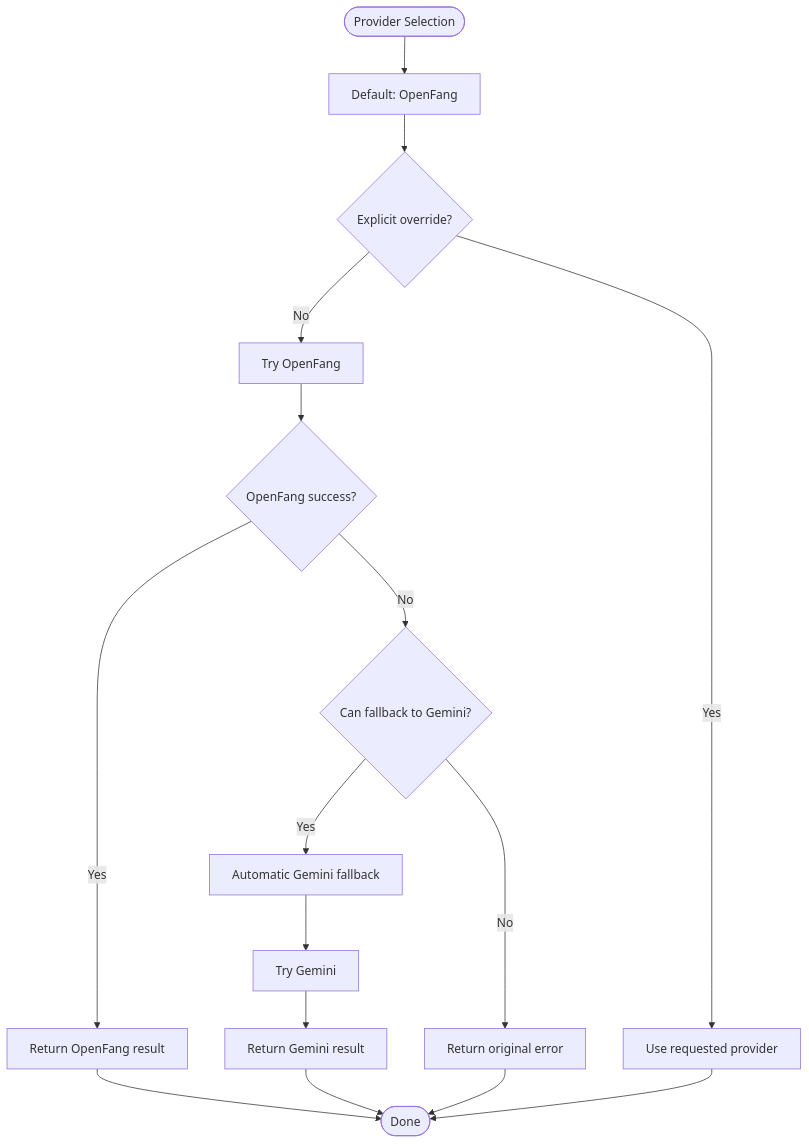
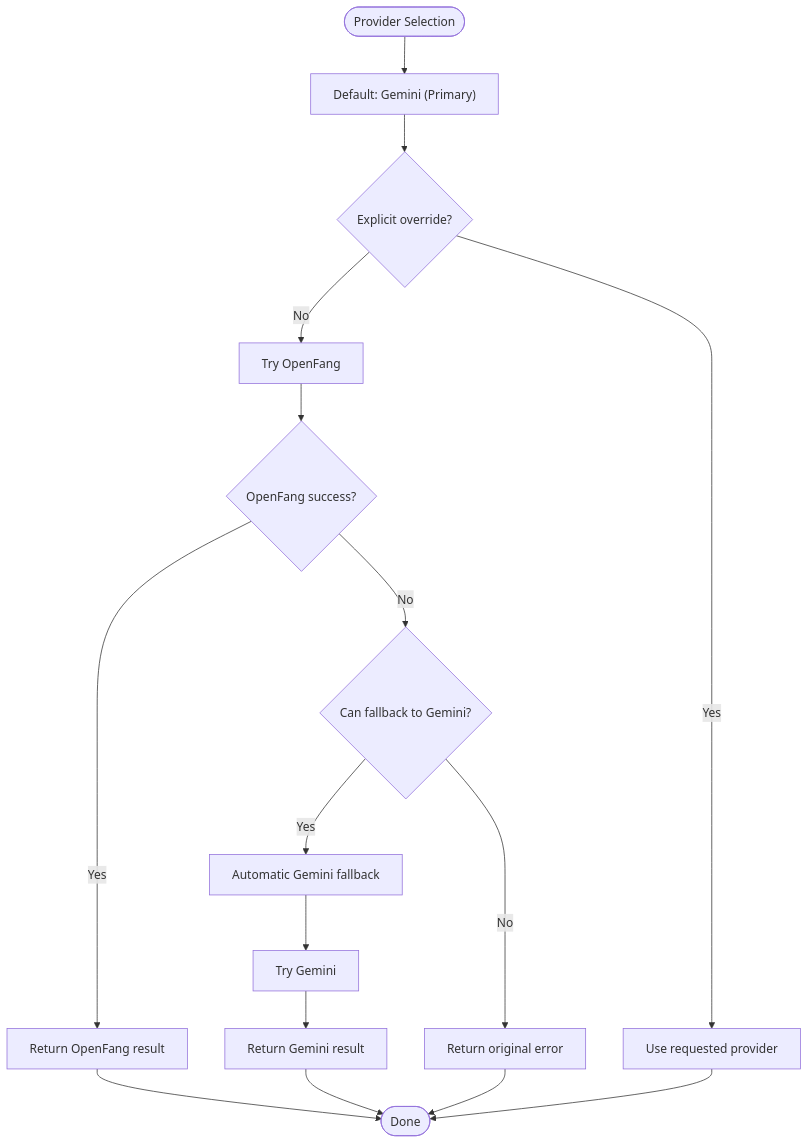
Before and after one commit to hunglevi87/Hidden-Gem: the fifth of 10 diagrams in .qoder/repowiki/en/content/Backend Services/API Endpoints/Analysis Endpoints.md, drawn with Mermaid. The commit also changed other lines of this file and 53 other files, not shown here.

First line of the commit message:
feat(ai-provider): set Gemini as default provider with OpenFang fallback

````diff
--- a/.qoder/repowiki/en/content/Backend Services/API Endpoints/Analysis Endpoints.md
+++ b/.qoder/repowiki/en/content/Backend Services/API Endpoints/Analysis Endpoints.md
@@ -318,18 +312,18 @@
 ```mermaid
 flowchart TD
-Start(["Provider Selection"]) --> Default["Default: OpenFang"]
+Start(["Provider Selection"]) --> Default["Default: Gemini (Primary)"]
 Default --> CheckOverride{"Explicit override?"}
 CheckOverride --> |Yes| UseOverride["Use requested provider"]
 CheckOverride --> |No| TryOpenFang["Try OpenFang"]
 TryOpenFang --> OFSuccess{"OpenFang success?"}
 OFSuccess --> |Yes| ReturnOF["Return OpenFang result"]
 OFSuccess --> |No| CanFallback{"Can fallback to Gemini?"}
 CanFallback --> |Yes| Fallback["Automatic Gemini fallback"]
 CanFallback --> |No| Error["Return original error"]
 Fallback --> Gemini["Try Gemini"]
 Gemini --> GeminiResult["Return Gemini result"]
 ReturnOF --> End(["Done"])
 GeminiResult --> End
 Error --> End
 UseOverride --> End
 ```
````
